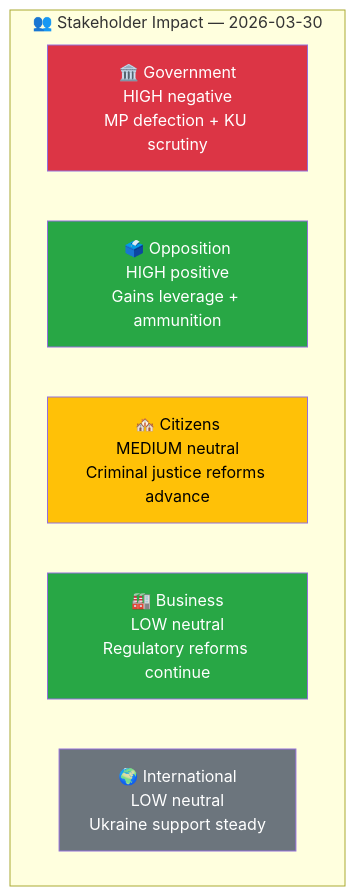
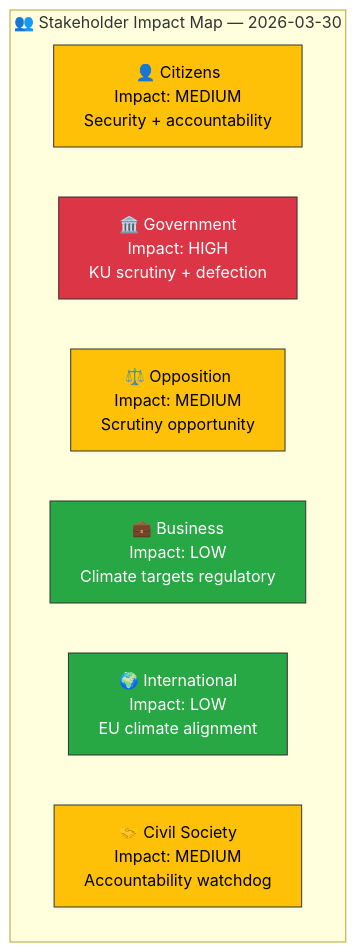
Before and after one commit to Hack23/riksdagsmonitor: the diagram in analysis/daily/2026-03-30/stakeholder-perspectives.md, drawn with Mermaid. The commit also changed other lines of this file and 29 other files, not shown here.

````diff
--- a/analysis/daily/2026-03-30/stakeholder-perspectives.md
+++ b/analysis/daily/2026-03-30/stakeholder-perspectives.md
@@ -15,16 +24,18 @@
 ```mermaid
 graph TD
-    subgraph "👥 Stakeholder Impact — 2026-03-30"
-        GOV["🏛️ Government<br/>HIGH negative<br/>MP defection + KU scrutiny"]
-        OPP["🗳️ Opposition<br/>HIGH positive<br/>Gains leverage + ammunition"]
-        CIT["🏘️ Citizens<br/>MEDIUM neutral<br/>Criminal justice reforms advance"]
-        BUS["🏭 Business<br/>LOW neutral<br/>Regulatory reforms continue"]
-        INT["🌍 International<br/>LOW neutral<br/>Ukraine support steady"]
+    subgraph "👥 Stakeholder Impact Map — 2026-03-30"
+        CIT["👤 Citizens<br/>Impact: MEDIUM<br/>Security + accountability"]
+        GOV["🏛️ Government<br/>Impact: HIGH<br/>KU scrutiny + defection"]
+        OPP["⚖️ Opposition<br/>Impact: MEDIUM<br/>Scrutiny opportunity"]
+        BIZ["💼 Business<br/>Impact: LOW<br/>Climate targets regulatory"]
+        INT["🌍 International<br/>Impact: LOW<br/>EU climate alignment"]
+        CIV["🤝 Civil Society<br/>Impact: MEDIUM<br/>Accountability watchdog"]
     end
 
-    style GOV fill:#dc3545,color:#fff
-    style OPP fill:#28a745,color:#fff
-    style CIT fill:#ffc107,color:#000
-    style BUS fill:#28a745,color:#fff
-    style INT fill:#6c757d,color:#fff
+    style CIT fill:#ffc107,stroke:#333,color:#000
+    style GOV fill:#dc3545,stroke:#333,color:#fff
+    style OPP fill:#ffc107,stroke:#333,color:#000
+    style BIZ fill:#28a745,stroke:#333,color:#fff
+    style INT fill:#28a745,stroke:#333,color:#fff
+    style CIV fill:#ffc107,stroke:#333,color:#000
 ```
````
